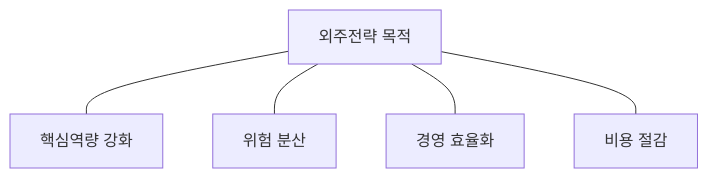
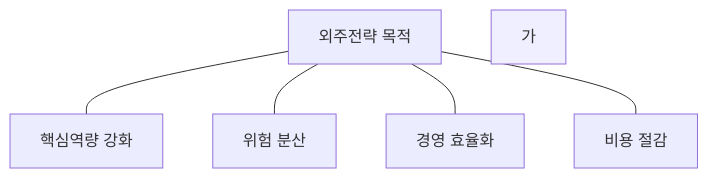
Before and after one commit to yeonkyupark/pepc2e: the fifth of 5 diagrams in 0103구매와외주전략.qmd, drawn with Mermaid. The commit also changed other lines of this file, not shown here.

````diff
--- a/0103구매와외주전략.qmd
+++ b/0103구매와외주전략.qmd
@@ -274,6 +272,12 @@
 ```{mermaid}
 flowchart TD
-가[외주전략 목적] --- 나[핵심역량 강화] & 다[위험 분산] & 라[경영 효율화] & 마[비용 절감]
+    00[외주전략 목적] 
+    10[핵심역량 강화] 
+    20[위험 분산] 
+    30[경영 효율화] 
+    40[비용 절감]
+
+    00 --- 10 & 20 & 30 & 40
 
 style 가 fill:#efefff
 ```
````
